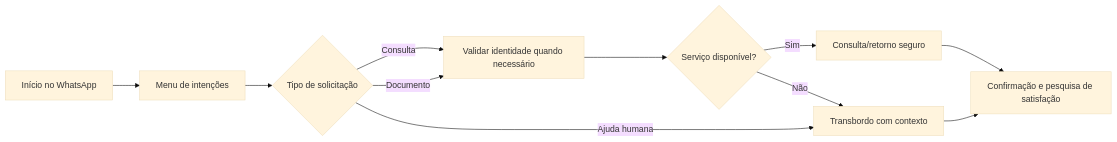
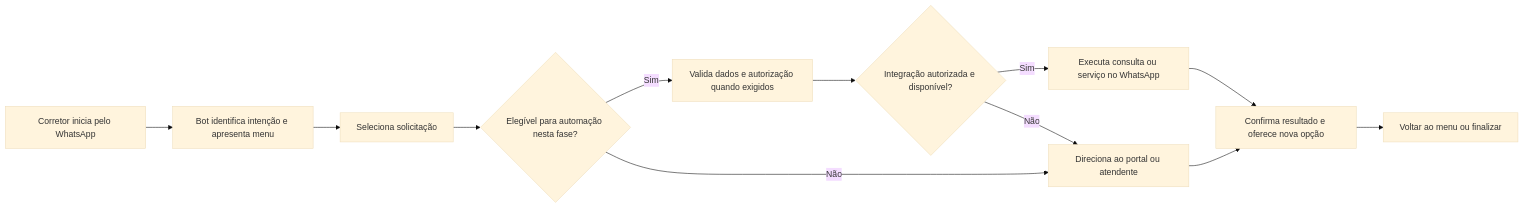
Before and after one commit to BertaT2C/Fluxograma_Automacao_Whatsapp_Chatbot: the second of 2 diagrams in README.md, drawn with Mermaid (base theme). The commit also changed other lines of this file, not shown here.

Commit message:
Corrige AS IS com entrada por WhatsApp e TO BE de automação gradual

````diff
--- a/README.md
+++ b/README.md
@@ -45,13 +59,14 @@
 ```mermaid
 flowchart LR
-  A[Início no WhatsApp] --> B[Menu de intenções]
-  B --> C{Tipo de solicitação}
-  C -->|Consulta| D[Validar identidade quando necessário]
-  C -->|Documento| D
-  C -->|Ajuda humana| H[Transbordo com contexto]
-  D --> E{Serviço disponível?}
-  E -->|Sim| F[Consulta/retorno seguro]
-  E -->|Não| H
-  F --> I[Confirmação e pesquisa de satisfação]
+  A["Corretor inicia pelo WhatsApp"] --> B["Bot identifica intenção e apresenta menu"]
+  B --> C["Seleciona solicitação"]
+  C --> D{"Elegível para automação nesta fase?"}
+  D -->|"Sim"| E["Valida dados e autorização quando exigidos"]
+  E --> F{"Integração autorizada e disponível?"}
+  F -->|"Sim"| G["Executa consulta ou serviço no WhatsApp"]
+  F -->|"Não"| H["Direciona ao portal ou atendente"]
+  D -->|"Não"| H
+  G --> I["Confirma resultado e oferece nova opção"]
   H --> I
+  I --> J["Voltar ao menu ou finalizar"]
 ```
````
